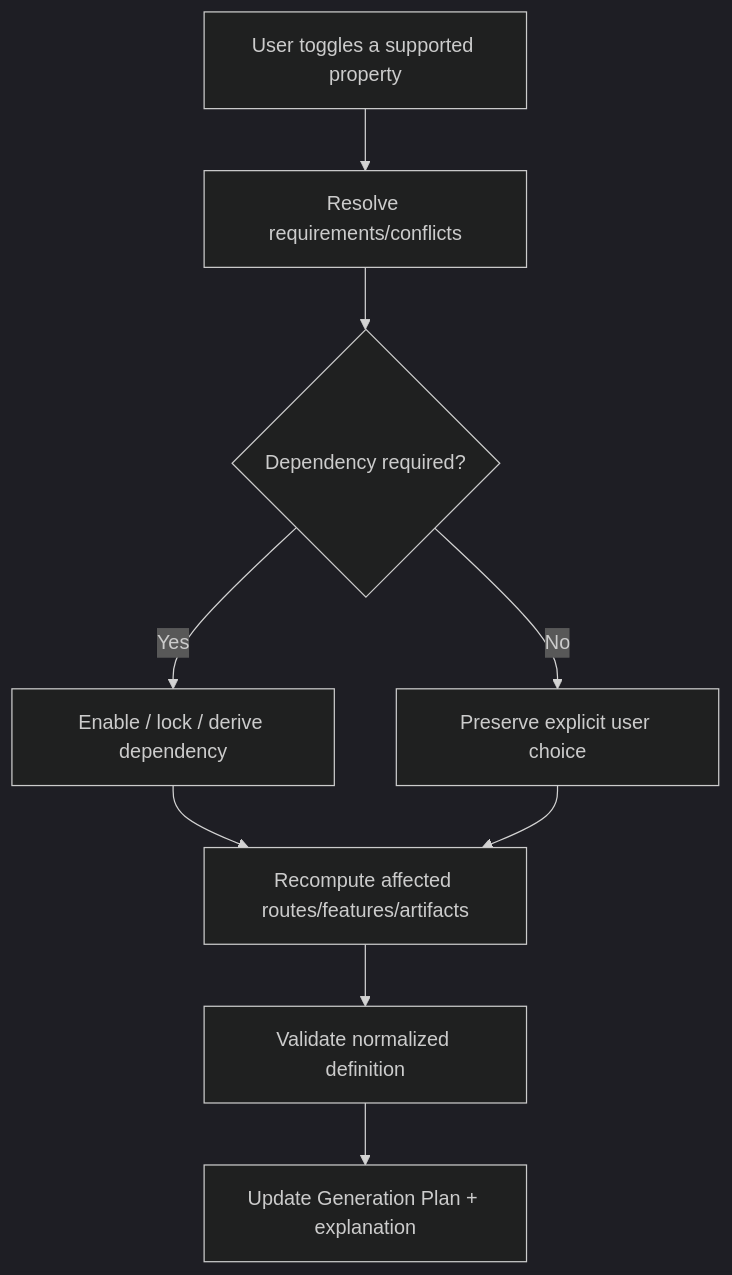
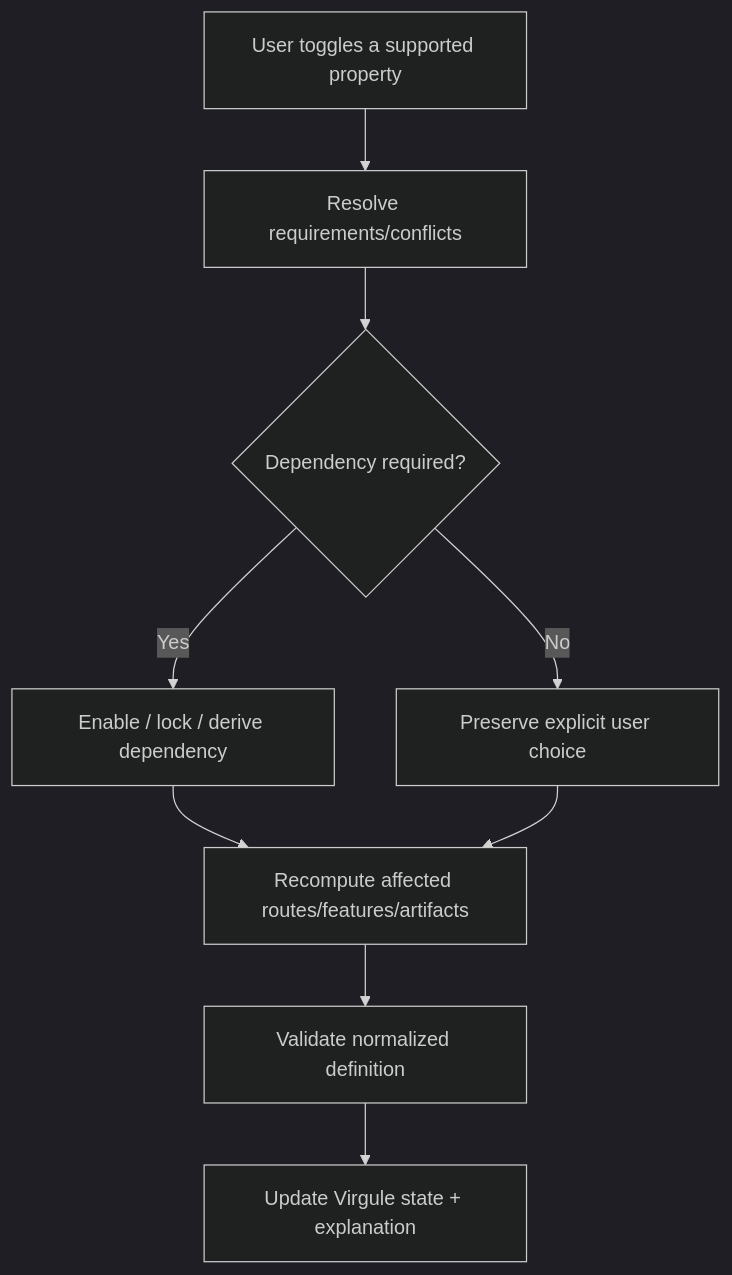
One commit to DigitalHerencia/YouCanSeeTheCodeInOurConversationHistory changed the ninth of 11 diagrams in 10 PROJECTS/10.PROJECTS.CODEPENDENTCODING/10.PROJECTS.CODEPENDENTCODING.WebApp-Architecture/codependentcoding.webapp-architecture.master.source-document.md. Above: the diagram before and after it, drawn with Mermaid (dark theme). The commit also changed other lines of this file and 11 other files, not shown here.

````diff
--- a/10 PROJECTS/10.PROJECTS.CODEPENDENTCODING/10.PROJECTS.CODEPENDENTCODING.WebApp-Architecture/codependentcoding.webapp-architecture.master.source-document.md
+++ b/10 PROJECTS/10.PROJECTS.CODEPENDENTCODING/10.PROJECTS.CODEPENDENTCODING.WebApp-Architecture/codependentcoding.webapp-architecture.master.source-document.md
@@ -1736,11 +1745,11 @@
 ```mermaid
 flowchart TD
     A["User toggles a supported property"] --> B["Resolve requirements/conflicts"]
     B --> C{"Dependency required?"}
     C -- Yes --> D["Enable / lock / derive dependency"]
     C -- No --> E["Preserve explicit user choice"]
     D --> F["Recompute affected routes/features/artifacts"]
     E --> F
     F --> G["Validate normalized definition"]
-    G --> H["Update Generation Plan + explanation"]
+    G --> H["Update Virgule state + explanation"]
 ```
````
